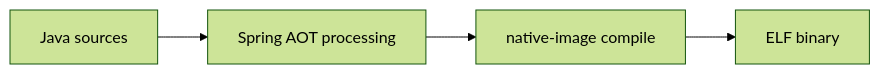
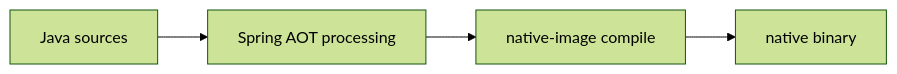
The second of 2 diagrams in 49-cloud-and-containerization/03-graalvm-and-native-image-concepts.md (lostfromlight1/java-handbook), drawn with Mermaid (forest theme) before and after one commit. The commit also changed other lines of this file and 4 other files, not shown here.

````diff
--- a/49-cloud-and-containerization/03-graalvm-and-native-image-concepts.md
+++ b/49-cloud-and-containerization/03-graalvm-and-native-image-concepts.md
@@ -120,6 +114,6 @@
 ```mermaid
 flowchart LR
   Src[Java sources] --> AOT[Spring AOT processing]
   AOT --> NI[native-image compile]
-  NI --> Bin[ELF binary]
+  NI --> Bin[native binary]
 ```
````
